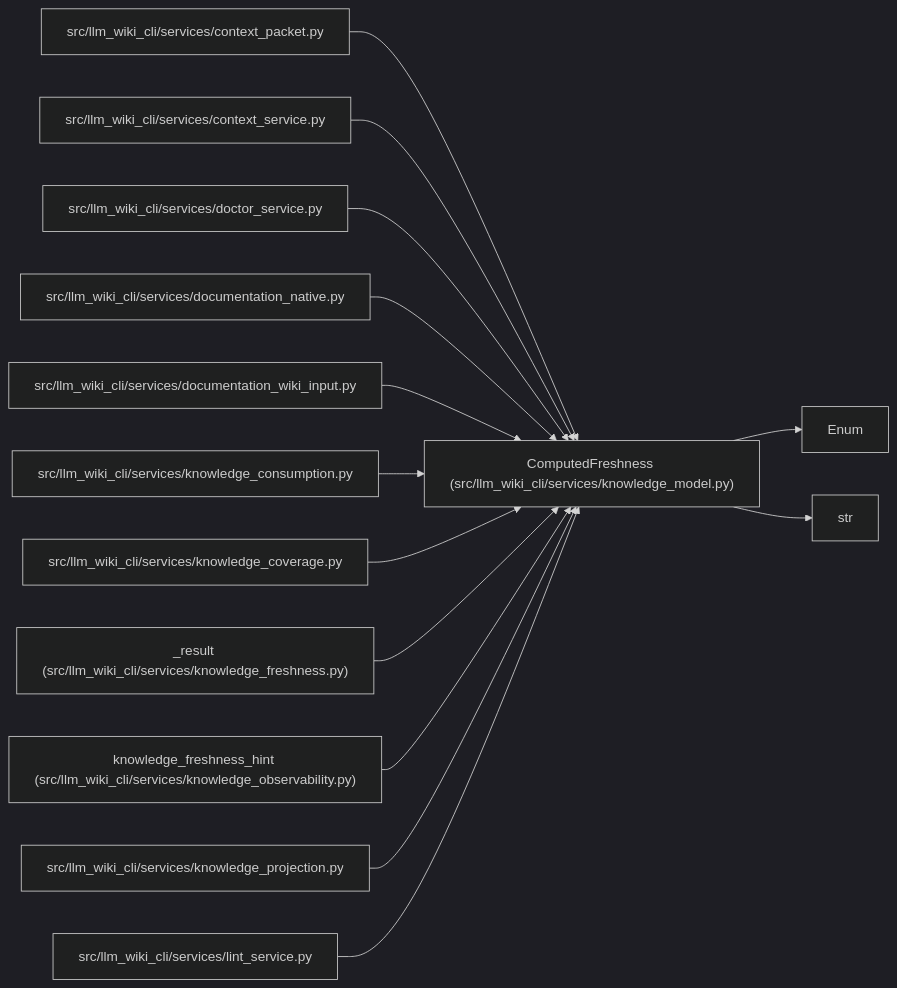
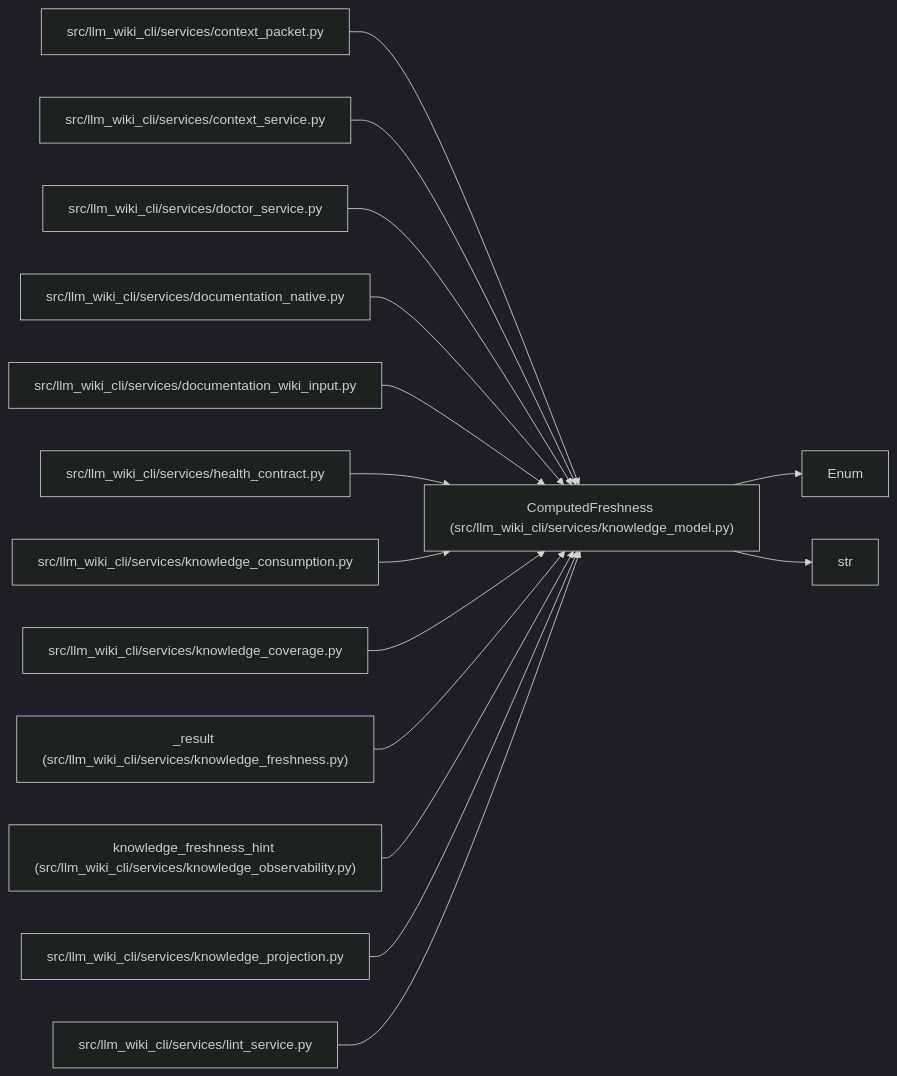
The diagram in docs/llm_wiki/entities/ComputedFreshness.md (Denissvgn/python-wiki-llm), drawn with Mermaid (dark theme) before and after one commit. The commit also changed other lines of this file and 727 other files, not shown here.

````diff
--- a/docs/llm_wiki/entities/ComputedFreshness.md
+++ b/docs/llm_wiki/entities/ComputedFreshness.md
@@ -30,42 +30,45 @@
 ```mermaid
 flowchart LR
     n0["ComputedFreshness (src/llm_wiki_cli/services/knowledge_model.py)"]
     n1["Enum"]
     n2["str"]
     n3["src/llm_wiki_cli/services/context_packet.py"]
     n4["src/llm_wiki_cli/services/context_service.py"]
     n5["src/llm_wiki_cli/services/doctor_service.py"]
     n6["src/llm_wiki_cli/services/documentation_native.py"]
     n7["src/llm_wiki_cli/services/documentation_wiki_input.py"]
-    n8["src/llm_wiki_cli/services/knowledge_consumption.py"]
-    n9["src/llm_wiki_cli/services/knowledge_coverage.py"]
-    n10["_result (src/llm_wiki_cli/services/knowledge_freshness.py)"]
-    n11["knowledge_freshness_hint (src/llm_wiki_cli/services/knowledge_observability.py)"]
-    n12["src/llm_wiki_cli/services/knowledge_projection.py"]
-    n13["src/llm_wiki_cli/services/lint_service.py"]
+    n8["src/llm_wiki_cli/services/health_contract.py"]
+    n9["src/llm_wiki_cli/services/knowledge_consumption.py"]
+    n10["src/llm_wiki_cli/services/knowledge_coverage.py"]
+    n11["_result (src/llm_wiki_cli/services/knowledge_freshness.py)"]
+    n12["knowledge_freshness_hint (src/llm_wiki_cli/services/knowledge_observability.py)"]
+    n13["src/llm_wiki_cli/services/knowledge_projection.py"]
+    n14["src/llm_wiki_cli/services/lint_service.py"]
     n0 --> n1
     n0 --> n2
     n3 --> n0
     n4 --> n0
     n5 --> n0
     n6 --> n0
     n7 --> n0
     n8 --> n0
     n9 --> n0
     n10 --> n0
     n11 --> n0
     n12 --> n0
     n13 --> n0
+    n14 --> n0
     click n0 "../modules/knowledge_model.md"
     click n3 "../modules/context_packet.md"
     click n4 "../modules/context_service.md"
     click n5 "../modules/doctor_service.md"
     click n6 "../modules/documentation_native.md"
     click n7 "../modules/documentation_wiki_input.md"
-    click n8 "../modules/knowledge_consumption.md"
-    click n9 "../modules/knowledge_coverage.md"
-    click n10 "../modules/knowledge_freshness.md"
-    click n11 "../modules/knowledge_observability.md"
-    click n12 "../modules/knowledge_projection.md"
-    click n13 "../modules/lint_service.md"
+    click n8 "../modules/health_contract.md"
+    click n9 "../modules/knowledge_consumption.md"
+    click n10 "../modules/knowledge_coverage.md"
+    click n11 "../modules/knowledge_freshness.md"
+    click n12 "../modules/knowledge_observability.md"
+    click n13 "../modules/knowledge_projection.md"
+    click n14 "../modules/lint_service.md"
 ```
````
